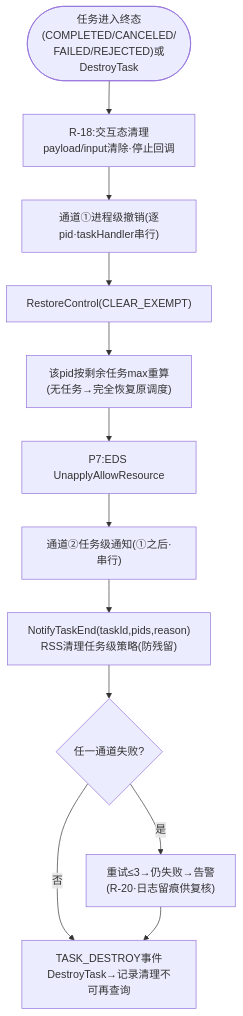
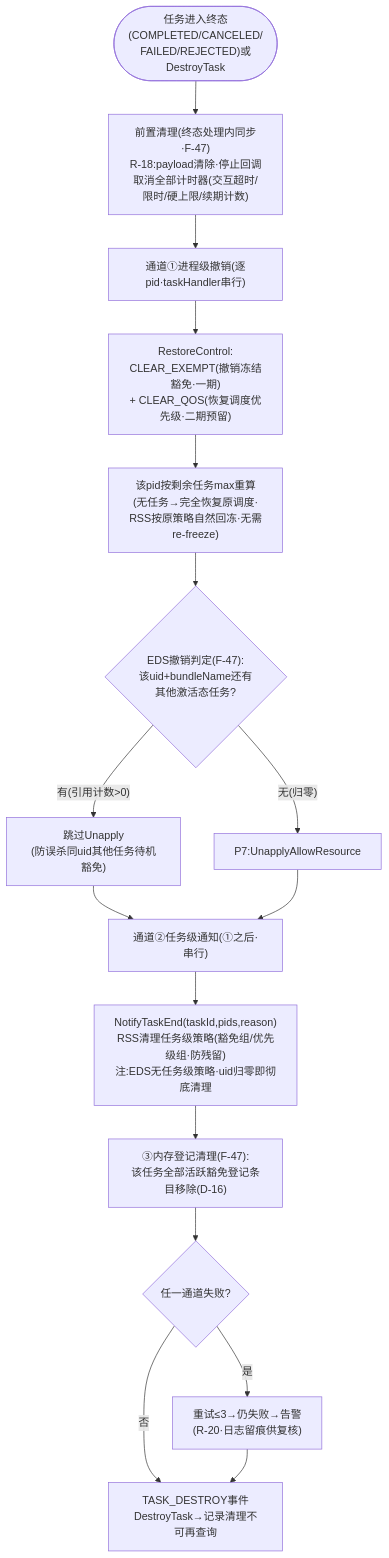
Before and after one commit to xuanjiazhen/ability_ability_runtime: the seventh of 8 diagrams in .codespec/changes/ai-task-manager/docs/flow-diagrams.md, drawn with Mermaid. The commit also changed other lines of this file and 6 other files, not shown here.

````diff
--- a/.codespec/changes/ai-task-manager/docs/flow-diagrams.md
+++ b/.codespec/changes/ai-task-manager/docs/flow-diagrams.md
@@ -288,14 +288,17 @@
 ```mermaid
 flowchart TD
-    S(["任务进入终态(COMPLETED/CANCELED/<br/>FAILED/REJECTED)或DestroyTask"]) --> R18["R-18:交互态清理<br/>payload/input清除·停止回调"]
-    R18 --> CH1["通道①进程级撤销(逐pid·taskHandler串行)"]
-    CH1 --> RC["RestoreControl(CLEAR_EXEMPT)"]
-    RC --> RC2["该pid按剩余任务max重算<br/>(无任务→完全恢复原调度)"]
-    RC2 --> ED["P7:EDS UnapplyAllowResource"]
-    ED --> CH2["通道②任务级通知(①之后·串行)"]
-    CH2 --> NE["NotifyTaskEnd(taskId,pids,reason)<br/>RSS清理任务级策略(防残留)"]
-    NE --> RT{"任一通道失败?"}
+    S(["任务进入终态(COMPLETED/CANCELED/<br/>FAILED/REJECTED)或DestroyTask"]) --> PRE["前置清理(终态处理内同步·F-47)<br/>R-18:payload清除·停止回调<br/>取消全部计时器(交互超时/限时/硬上限/续期计数)"]
+    PRE --> CH1["通道①进程级撤销(逐pid·taskHandler串行)"]
+    CH1 --> RC["RestoreControl:<br/>CLEAR_EXEMPT(撤销冻结豁免·一期)<br/>+ CLEAR_QOS(恢复调度优先级·二期预留)"]
+    RC --> RC2["该pid按剩余任务max重算<br/>(无任务→完全恢复原调度·<br/>RSS按原策略自然回冻·无需re-freeze)"]
+    RC2 --> ED{"EDS撤销判定(F-47):<br/>该uid+bundleName还有<br/>其他激活态任务?"}
+    ED -- "有(引用计数>0)" --> KEEP["跳过Unapply<br/>(防误杀同uid其他任务待机豁免)"]
+    ED -- "无(归零)" --> ED2["P7:UnapplyAllowResource"]
+    KEEP & ED2 --> CH2["通道②任务级通知(①之后·串行)"]
+    CH2 --> NE["NotifyTaskEnd(taskId,pids,reason)<br/>RSS清理任务级策略(豁免组/优先级组·防残留)<br/>注:EDS无任务级策略·uid归零即彻底清理"]
+    NE --> CH3["③内存登记清理(F-47):<br/>该任务全部活跃豁免登记条目移除(D-16)"]
+    CH3 --> RT{"任一通道失败?"}
     RT -- "是" --> RT2["重试≤3→仍失败→告警<br/>(R-20·日志留痕供复核)"]
     RT -- "否" --> FIN["TASK_DESTROY事件<br/>DestroyTask→记录清理不可再查询"]
     RT2 --> FIN
 ```
````
